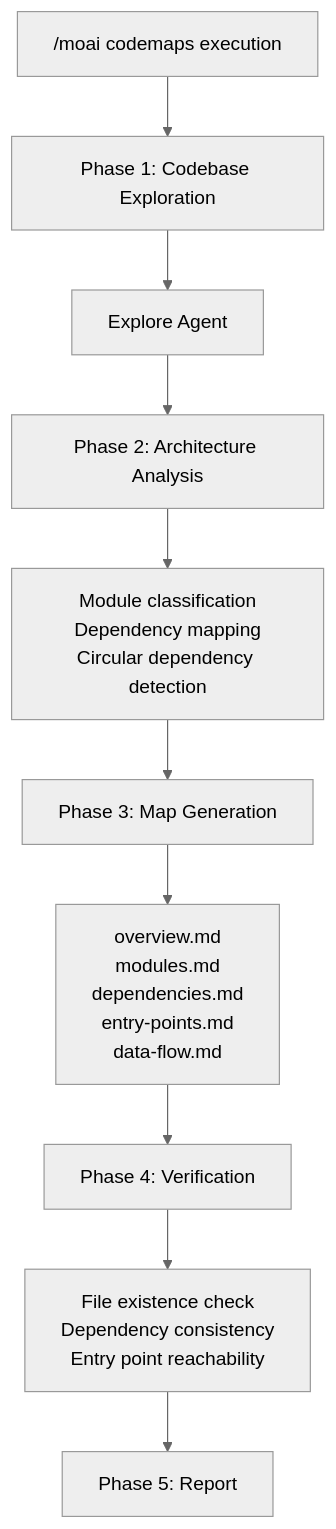
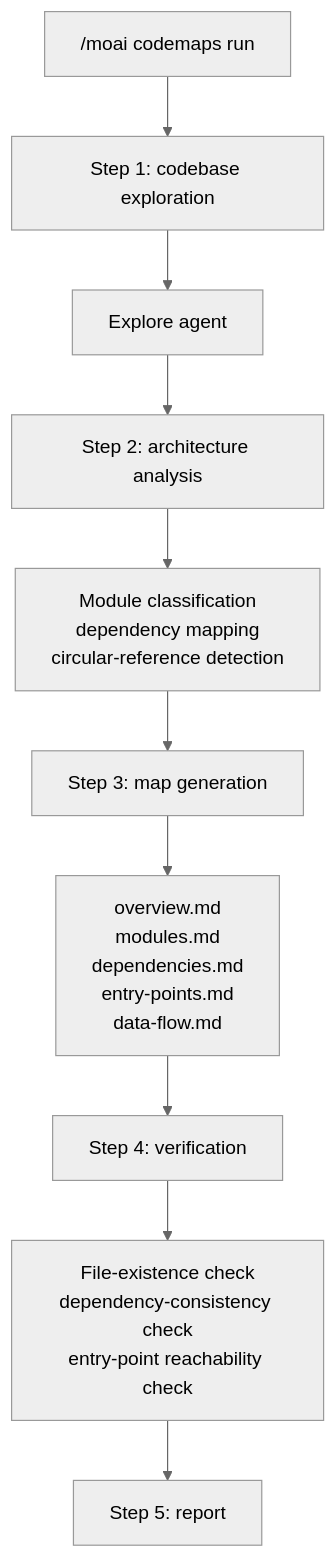
Before and after one commit to modu-ai/moai-adk: the first of 2 diagrams in docs-site/content/en/quality-commands/moai-codemaps.md, drawn with Mermaid (neutral theme). The commit also changed other lines of this file and 395 other files, not shown here.

````diff
--- a/docs-site/content/en/quality-commands/moai-codemaps.md
+++ b/docs-site/content/en/quality-commands/moai-codemaps.md
@@ -91,16 +91,16 @@
 ```mermaid
 flowchart TD
-    Start["/moai codemaps execution"] --> Phase1["Phase 1: Codebase Exploration"]
-    Phase1 --> Explore["Explore Agent"]
+    Start["/moai codemaps run"] --> Phase1["Step 1: codebase exploration"]
+    Phase1 --> Explore["Explore agent"]
 
-    Explore --> Phase2["Phase 2: Architecture Analysis"]
-    Phase2 --> Analyze["Module classification<br/>Dependency mapping<br/>Circular dependency detection"]
+    Explore --> Phase2["Step 2: architecture analysis"]
+    Phase2 --> Analyze["Module classification<br/>dependency mapping<br/>circular-reference detection"]
 
-    Analyze --> Phase3["Phase 3: Map Generation"]
+    Analyze --> Phase3["Step 3: map generation"]
     Phase3 --> Generate["overview.md<br/>modules.md<br/>dependencies.md<br/>entry-points.md<br/>data-flow.md"]
 
-    Generate --> Phase4["Phase 4: Verification"]
-    Phase4 --> Verify["File existence check<br/>Dependency consistency<br/>Entry point reachability"]
+    Generate --> Phase4["Step 4: verification"]
+    Phase4 --> Verify["File-existence check<br/>dependency-consistency check<br/>entry-point reachability check"]
 
-    Verify --> Phase5["Phase 5: Report"]
+    Verify --> Phase5["Step 5: report"]
 ```
````
